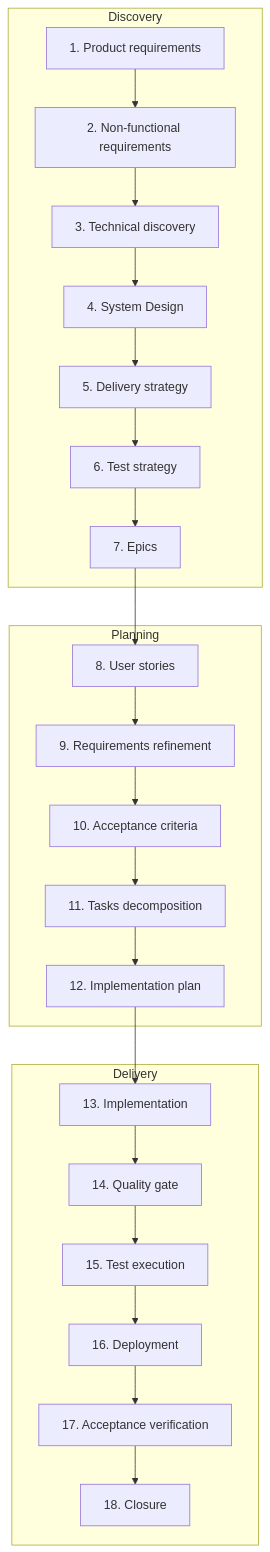
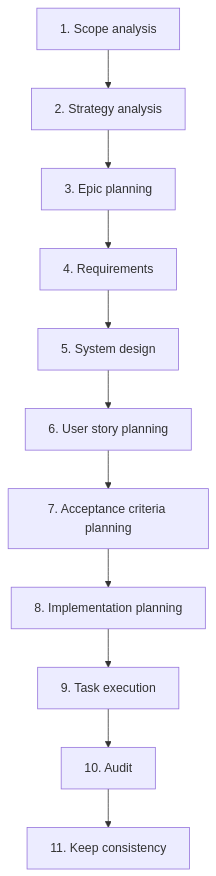
Before and after one commit to asubbot/personal-assistant: the first of 2 diagrams in ai-sdlc/specification/pipeline.spec.md, drawn with Mermaid. The commit also changed other lines of this file and 32 other files, not shown here.

````diff
--- a/ai-sdlc/specification/pipeline.spec.md
+++ b/ai-sdlc/specification/pipeline.spec.md
@@ -13,28 +15,15 @@
 ```mermaid
 flowchart TB
-  subgraph discovery [Discovery]
-    A[1. Product requirements]
-    B[2. Non-functional requirements]
-    C[3. Technical discovery]
-    D[4. System Design]
-    E[5. Delivery strategy]
-    F[6. Test strategy]
-    G[7. Epics]
-  end
-  subgraph planning [Planning]
-    H[8. User stories]
-    I[9. Requirements refinement]
-    J[10. Acceptance criteria]
-    K[11. Tasks decomposition]
-    L[12. Implementation plan]
-  end
-  subgraph delivery [Delivery]
-    M[13. Implementation]
-    N[14. Quality gate]
-    O[15. Test execution]
-    P[16. Deployment]
-    Q[17. Acceptance verification]
-    R[18. Closure]
-  end
-  A --> B --> C --> D --> E --> F --> G --> H --> I --> J --> K --> L --> M --> N --> O --> P --> Q --> R
+  A[1. Scope analysis]
+  B[2. Strategy analysis]
+  C[3. Epic planning]
+  D[4. Requirements]
+  E[5. System design]
+  F[6. User story planning]
+  G[7. Acceptance criteria planning]
+  H[8. Implementation planning]
+  I[9. Task execution]
+  J[10. Audit]
+  K[11. Keep consistency]
+  A --> B --> C --> D --> E --> F --> G --> H --> I --> J --> K
 ```
````
